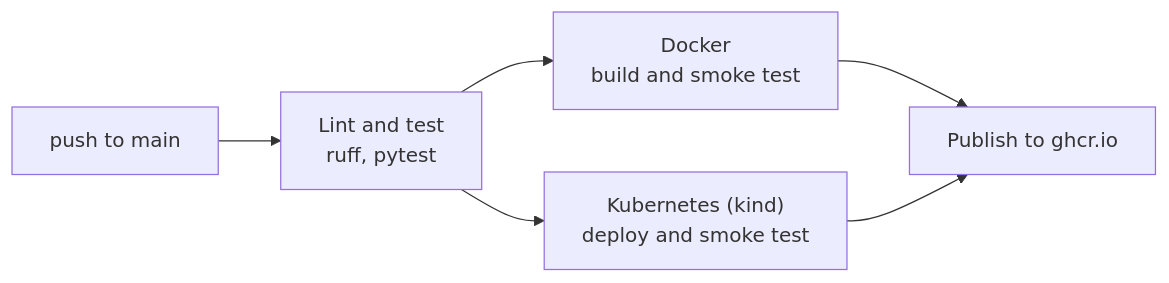
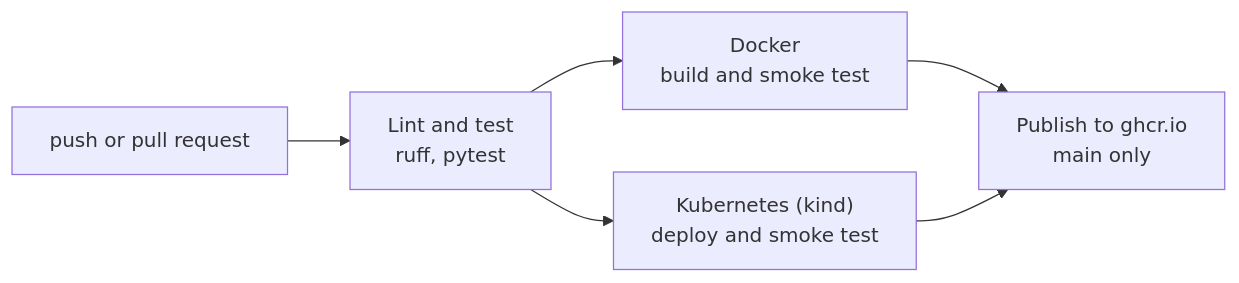
One commit to Sana8200/can-telemetry-api changed the second of 2 diagrams in README.md. Above: the diagram before and after it, drawn with Mermaid. The commit also changed other lines of this file and 10 other files, not shown here.

````diff
--- a/README.md
+++ b/README.md
@@ -139,8 +184,8 @@
 ```mermaid
 flowchart LR
-    push["push to main"] --> test["Lint and test<br/>ruff, pytest"]
+    push["push or pull request"] --> test["Lint and test<br/>ruff, pytest"]
     test --> container["Docker<br/>build and smoke test"]
     test --> kind["Kubernetes (kind)<br/>deploy and smoke test"]
-    container --> publish["Publish to ghcr.io"]
+    container --> publish["Publish to ghcr.io<br/>main only"]
     kind --> publish
 ```
````
